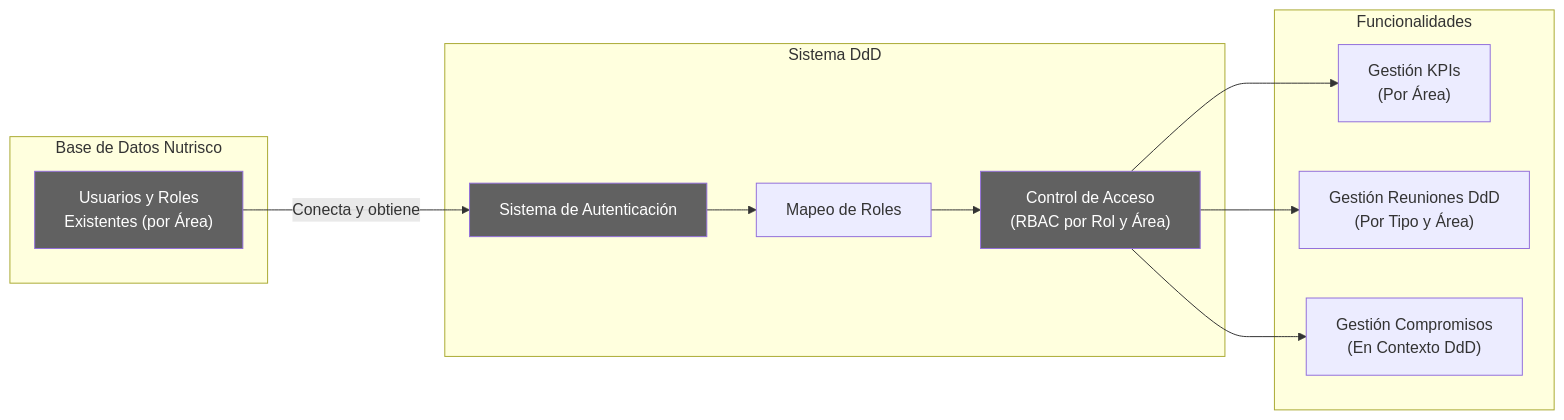
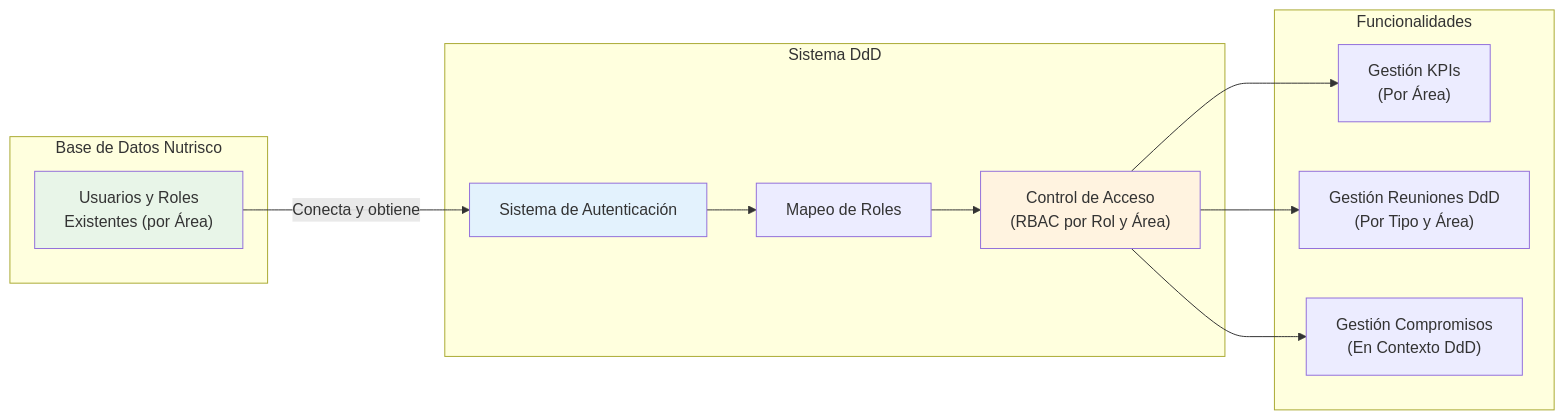
The sixth of 6 diagrams in readmeProductOwner.md (ColDev-Colivoro/Proyecto-Estandarizaci-n-normalizacion-Nutrisco), drawn with Mermaid before and after one commit. The commit also changed other lines of this file and 2 other files, not shown here.

````diff
--- a/readmeProductOwner.md
+++ b/readmeProductOwner.md
@@ -869,29 +869,29 @@
 ```mermaid
 graph LR
   subgraph "Base de Datos Nutrisco"
     DB_ACTUAL["Usuarios y Roles<br/>Existentes (por Área)"]
   end
   
   subgraph "Sistema DdD"
     AUTH["Sistema de Autenticación"]
     RBAC["Control de Acceso<br/>(RBAC por Rol y Área)"]
     MAPPING["Mapeo de Roles"]
   end
   
   subgraph "Funcionalidades"
     KPI_MGMT["Gestión KPIs<br/>(Por Área)"]
     MEETING_MGMT["Gestión Reuniones DdD<br/>(Por Tipo y Área)"]
     COMMITMENT_MGMT["Gestión Compromisos<br/>(En Contexto DdD)"]
   end
   
   DB_ACTUAL -->|"Conecta y obtiene"| AUTH
   AUTH --> MAPPING
   MAPPING --> RBAC
   RBAC --> KPI_MGMT
   RBAC --> MEETING_MGMT
   RBAC --> COMMITMENT_MGMT
   
-style DB_ACTUAL fill:#616161,color:#ffffff
-  style AUTH fill:#616161,color:#ffffff
-  style RBAC fill:#616161,color:#ffffff
+style DB_ACTUAL fill:#e8f5e8
+  style AUTH fill:#e3f2fd
+  style RBAC fill:#fff3e0
 ```
````
